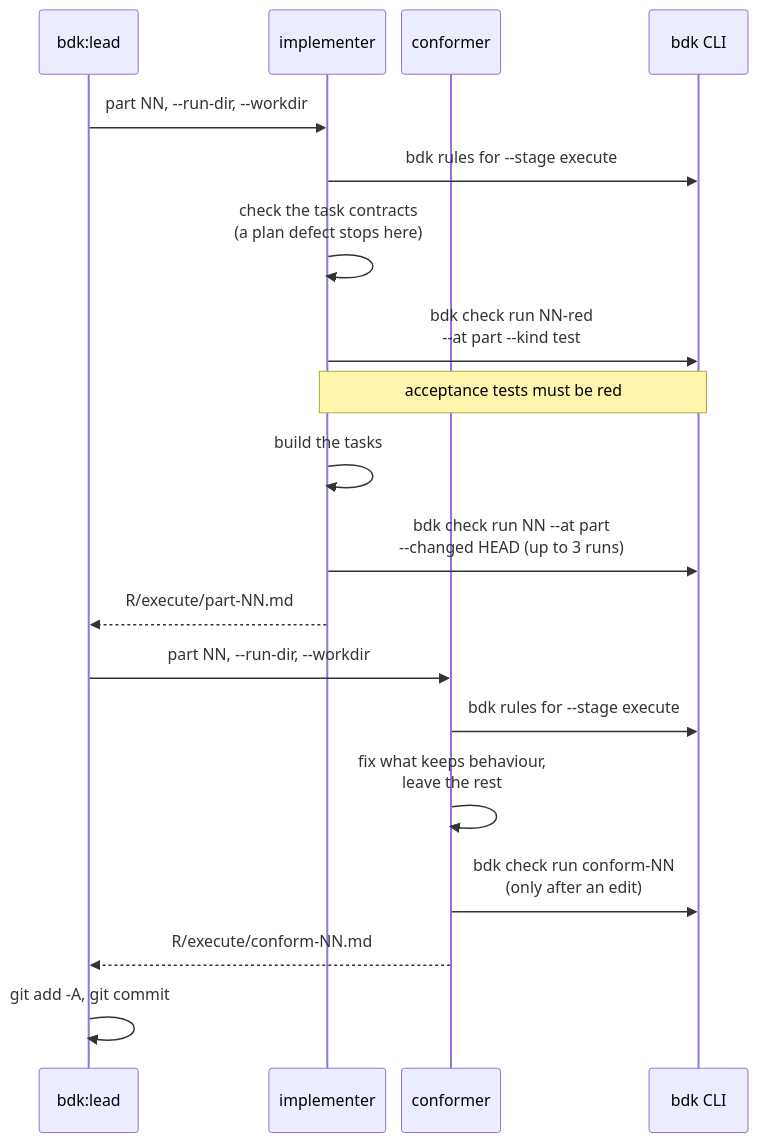
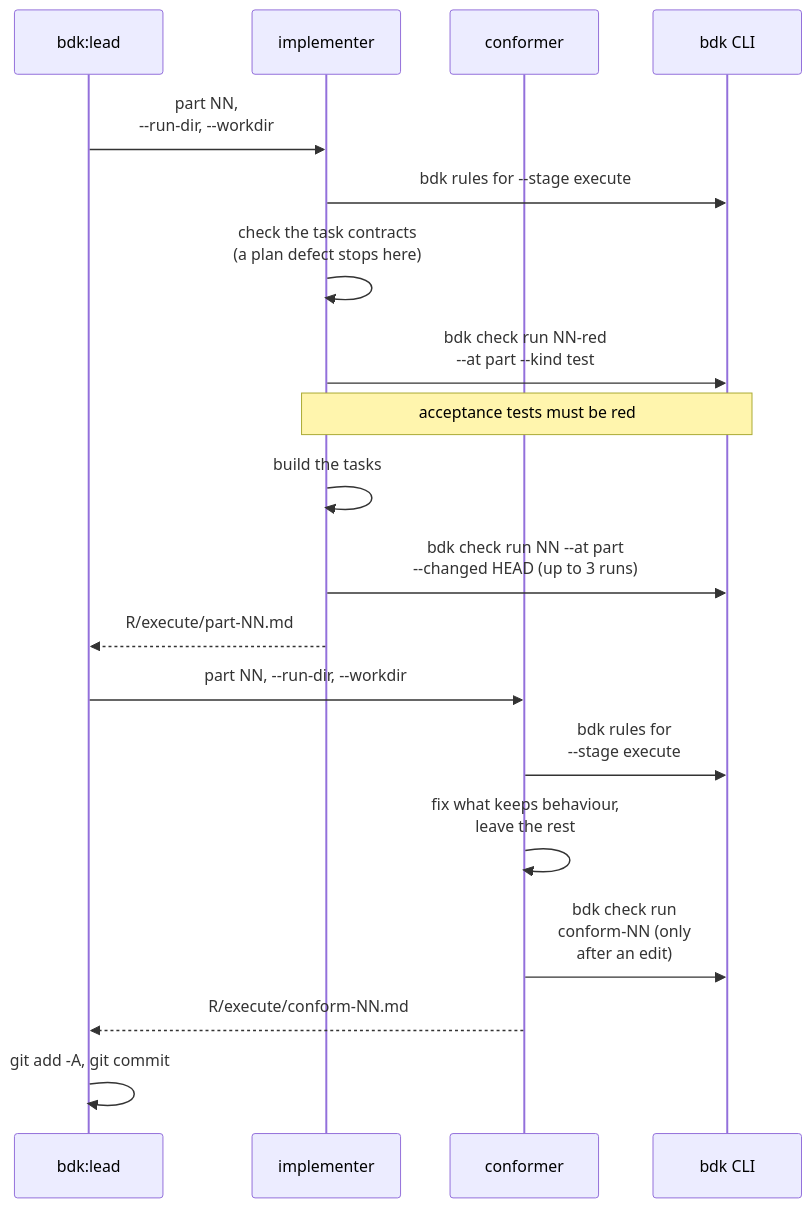
One commit to broneq/bdk changed the ninth of 15 diagrams in docs/concepts/orchestrators.md. Above: the diagram before and after it, drawn with Mermaid. The commit also changed other lines of this file and 20 other files, not shown here.

First line of the commit message:
fix(docs): fit every diagram into the content column

````diff
--- a/docs/concepts/orchestrators.md
+++ b/docs/concepts/orchestrators.md
@@ -175,22 +175,21 @@
 ```mermaid
-%%{init: {"sequence": {"actorMargin": 16, "width": 100}}}%%
 sequenceDiagram
   participant L as bdk:lead
   participant I as implementer
   participant F as conformer
   participant B as bdk CLI
-  L->>I: part NN, --run-dir, --workdir
+  L->>I: part NN,<br/>--run-dir, --workdir
   I->>B: bdk rules for --stage execute
   I->>I: check the task contracts<br/>(a plan defect stops here)
   I->>B: bdk check run NN-red<br/>--at part --kind test
   Note over I,B: acceptance tests must be red
   I->>I: build the tasks
   I->>B: bdk check run NN --at part<br/>--changed HEAD (up to 3 runs)
   I-->>L: R/execute/part-NN.md
   L->>F: part NN, --run-dir, --workdir
-  F->>B: bdk rules for --stage execute
+  F->>B: bdk rules for<br/>--stage execute
   F->>F: fix what keeps behaviour,<br/>leave the rest
-  F->>B: bdk check run conform-NN<br/>(only after an edit)
+  F->>B: bdk check run<br/>conform-NN (only<br/>after an edit)
   F-->>L: R/execute/conform-NN.md
   L->>L: git add -A, git commit
 ```
````
